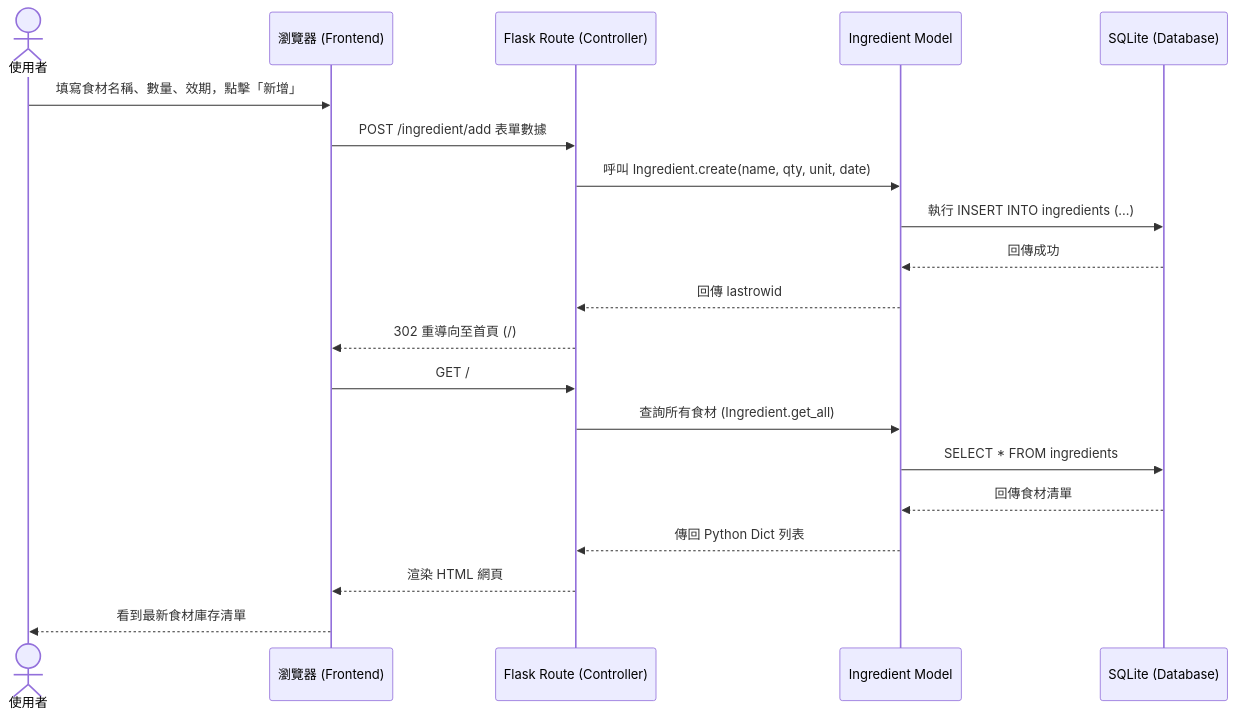
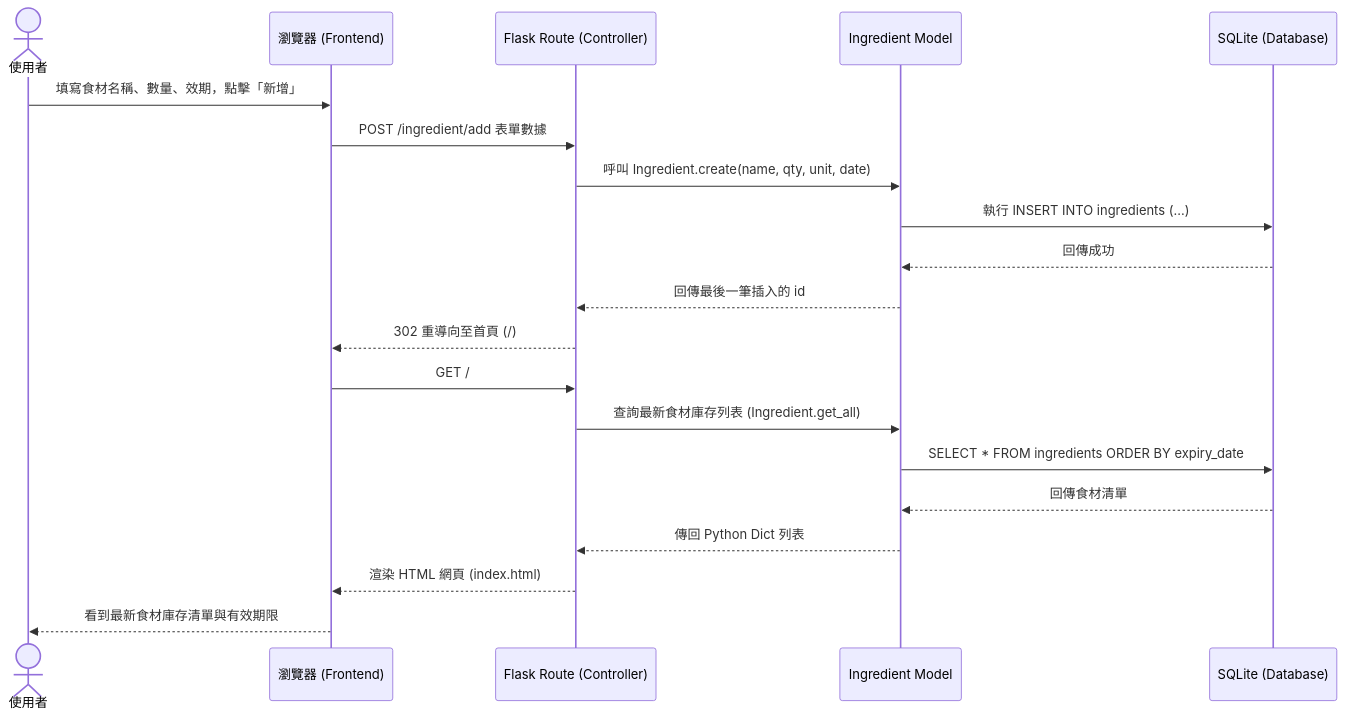
Before and after one commit to 960527jane-del/goodjob: the second of 3 diagrams in docs/FLOWCHART.md, drawn with Mermaid. The commit also changed other lines of this file, not shown here.

Commit message:
docs: update flowchart to include user flows and route mapping

````diff
--- a/docs/FLOWCHART.md
+++ b/docs/FLOWCHART.md
@@ -49,23 +53,23 @@
 ```mermaid
 sequenceDiagram
     actor User as 使用者
     participant Browser as 瀏覽器 (Frontend)
     participant Flask as Flask Route (Controller)
     participant Model as Ingredient Model
     participant DB as SQLite (Database)
 
     User->>Browser: 填寫食材名稱、數量、效期，點擊「新增」
     Browser->>Flask: POST /ingredient/add 表單數據
     Flask->>Model: 呼叫 Ingredient.create(name, qty, unit, date)
     Model->>DB: 執行 INSERT INTO ingredients (...)
     DB-->>Model: 回傳成功
-    Model-->>Flask: 回傳 lastrowid
+    Model-->>Flask: 回傳最後一筆插入的 id
     Flask-->>Browser: 302 重導向至首頁 (/)
     Browser->>Flask: GET /
-    Flask->>Model: 查詢所有食材 (Ingredient.get_all)
-    Model->>DB: SELECT * FROM ingredients
+    Flask->>Model: 查詢最新食材庫存列表 (Ingredient.get_all)
+    Model->>DB: SELECT * FROM ingredients ORDER BY expiry_date
     DB-->>Model: 回傳食材清單
     Model-->>Flask: 傳回 Python Dict 列表
-    Flask-->>Browser: 渲染 HTML 網頁
-    Browser-->>User: 看到最新食材庫存清單
+    Flask-->>Browser: 渲染 HTML 網頁 (index.html)
+    Browser-->>User: 看到最新食材庫存清單與有效期限
 ```
````
